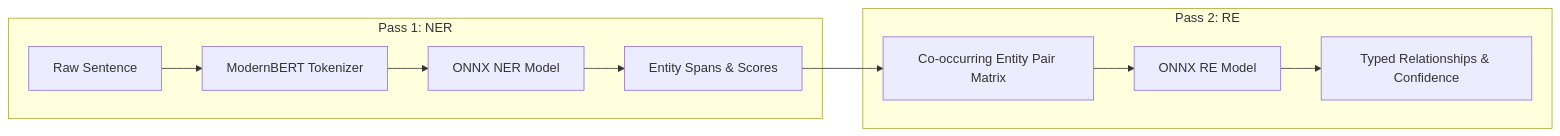
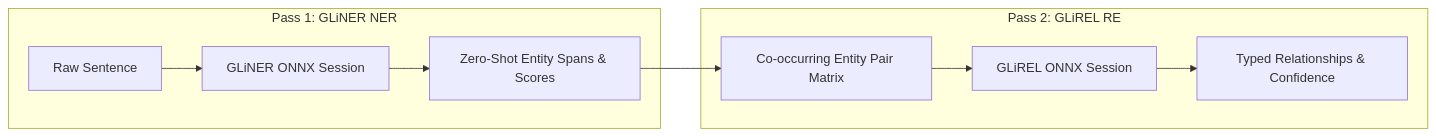
The third of 5 diagrams in docs/ai/knowledge-graph.md (WGLabz/Notely), drawn with Mermaid before and after one commit. The commit also changed other lines of this file and 1 other file, not shown here.

Commit message:
Glitch fixed

````diff
--- a/docs/ai/knowledge-graph.md
+++ b/docs/ai/knowledge-graph.md
@@ -94,14 +99,13 @@
 ```mermaid
 graph LR
-    subgraph Pass 1: NER
-        A[Raw Sentence] --> B[ModernBERT Tokenizer]
-        B --> C[ONNX NER Model]
-        C --> D[Entity Spans & Scores]
+    subgraph Pass 1: GLiNER NER
+        A[Raw Sentence] --> B[GLiNER ONNX Session]
+        B --> C[Zero-Shot Entity Spans & Scores]
     end
     
-    subgraph Pass 2: RE
-        D --> E[Co-occurring Entity Pair Matrix]
-        E --> F[ONNX RE Model]
-        F --> G[Typed Relationships & Confidence]
+    subgraph Pass 2: GLiREL RE
+        C --> D[Co-occurring Entity Pair Matrix]
+        D --> E[GLiREL ONNX Session]
+        E --> F[Typed Relationships & Confidence]
     end
 ```
````
